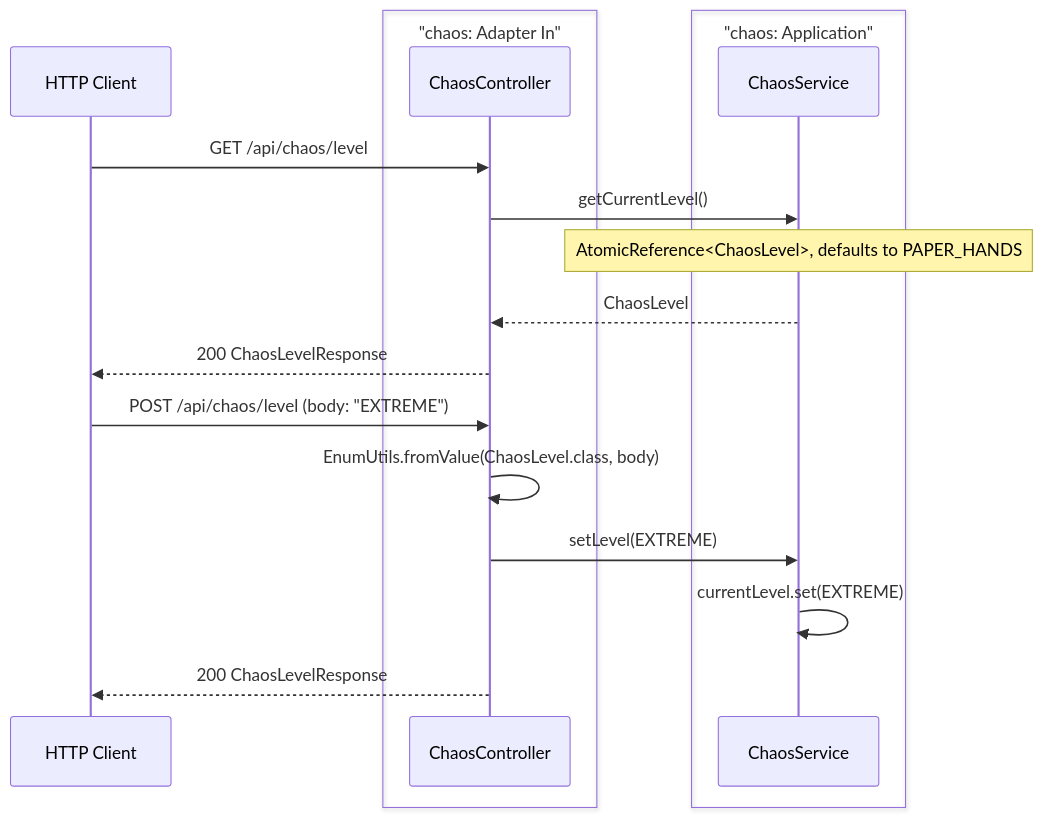
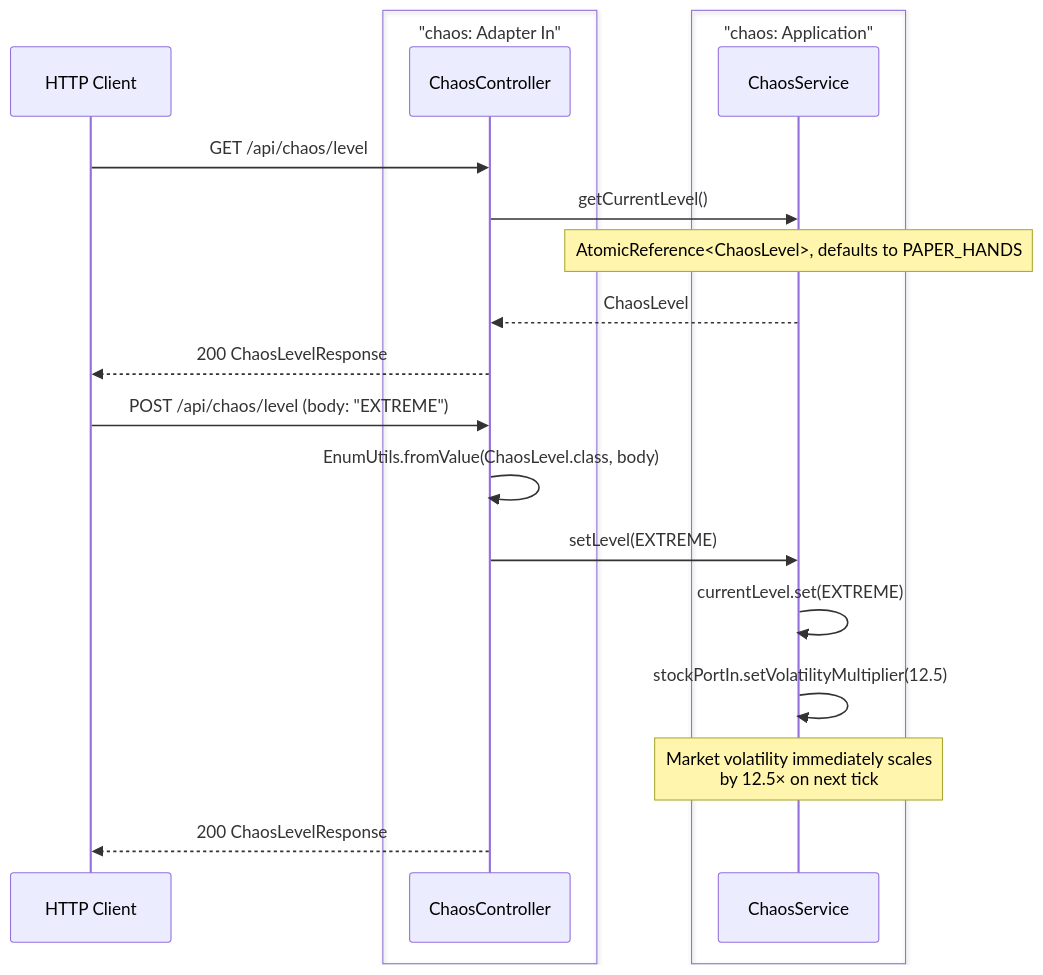
Diagram 18 of 22 in stonks_java/README.md (franBec/stonks-simulator), drawn with Mermaid before and after one commit. The commit also changed other lines of this file and 7 other files, not shown here.

````diff
--- a/stonks_java/README.md
+++ b/stonks_java/README.md
@@ -885,22 +901,24 @@
 ```mermaid
 sequenceDiagram
     participant Client as HTTP Client
     box "chaos: Adapter In"
     participant CC as ChaosController
     end
     box "chaos: Application"
     participant CS as ChaosService
     end
 
     Client->>CC: GET /api/chaos/level
     CC->>CS: getCurrentLevel()
     Note over CS: AtomicReference<ChaosLevel>, defaults to PAPER_HANDS
     CS-->>CC: ChaosLevel
     CC-->>Client: 200 ChaosLevelResponse
 
     Client->>CC: POST /api/chaos/level (body: "EXTREME")
     CC->>CC: EnumUtils.fromValue(ChaosLevel.class, body)
     CC->>CS: setLevel(EXTREME)
     CS->>CS: currentLevel.set(EXTREME)
+    CS->>CS: stockPortIn.setVolatilityMultiplier(12.5)
+    Note over CS: Market volatility immediately scales<br/>by 12.5× on next tick
     CC-->>Client: 200 ChaosLevelResponse
 ```
````
